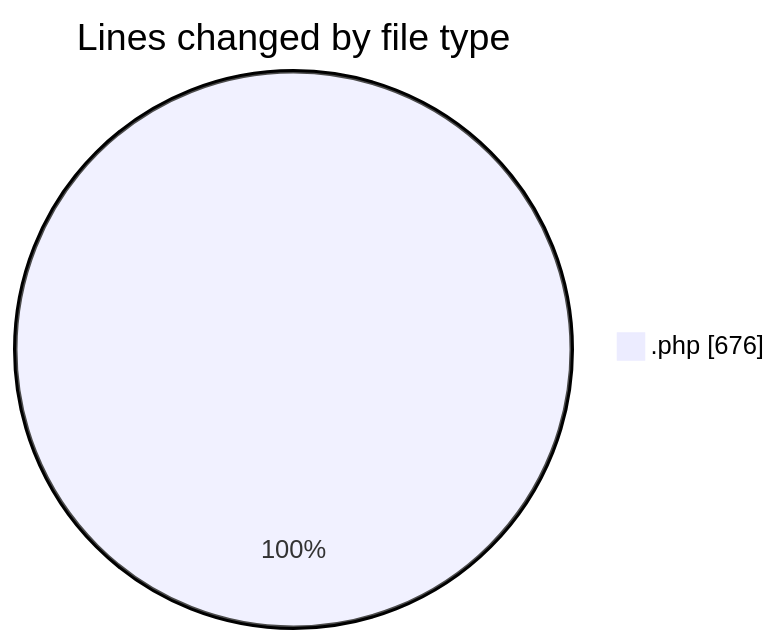
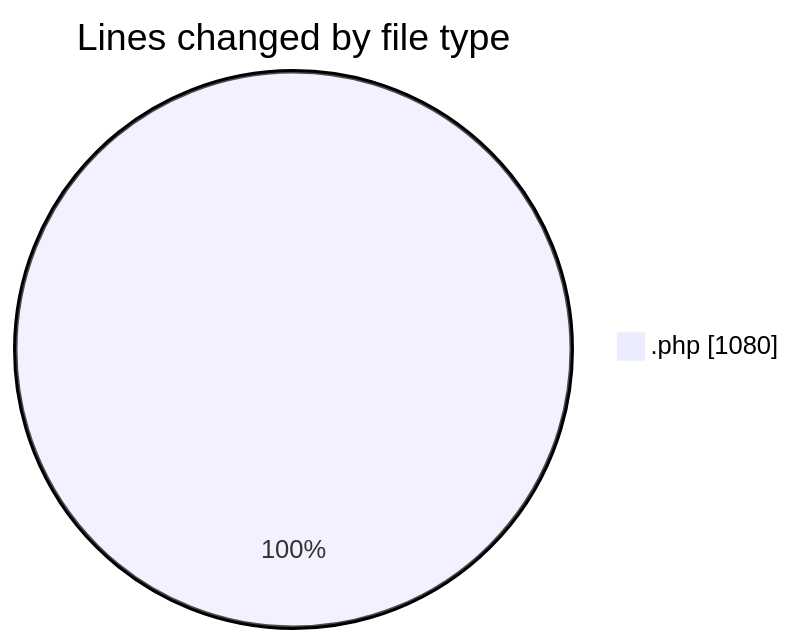
Before and after one commit to LanceThiago/code-tracking: the first of 2 diagrams in 2025-10-03/totem2/README.md, drawn with Mermaid. The commit also changed other lines of this file and 1 other file, not shown here.

````diff
--- a/2025-10-03/totem2/README.md
+++ b/2025-10-03/totem2/README.md
@@ -21,5 +22,5 @@
 ```mermaid
 pie showData
 title Lines changed by file type
-".php" : 676
+".php" : 1080
 ```
````
